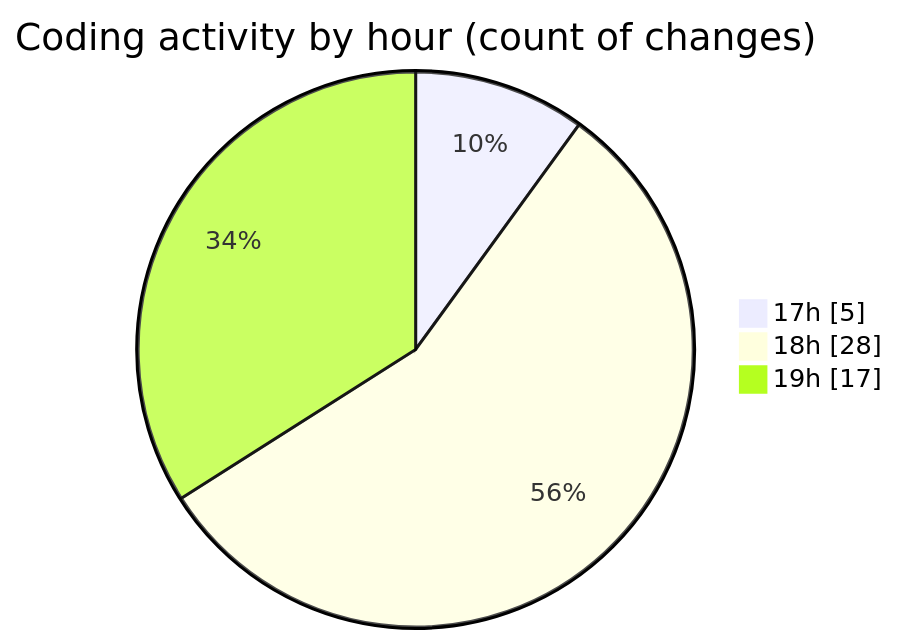
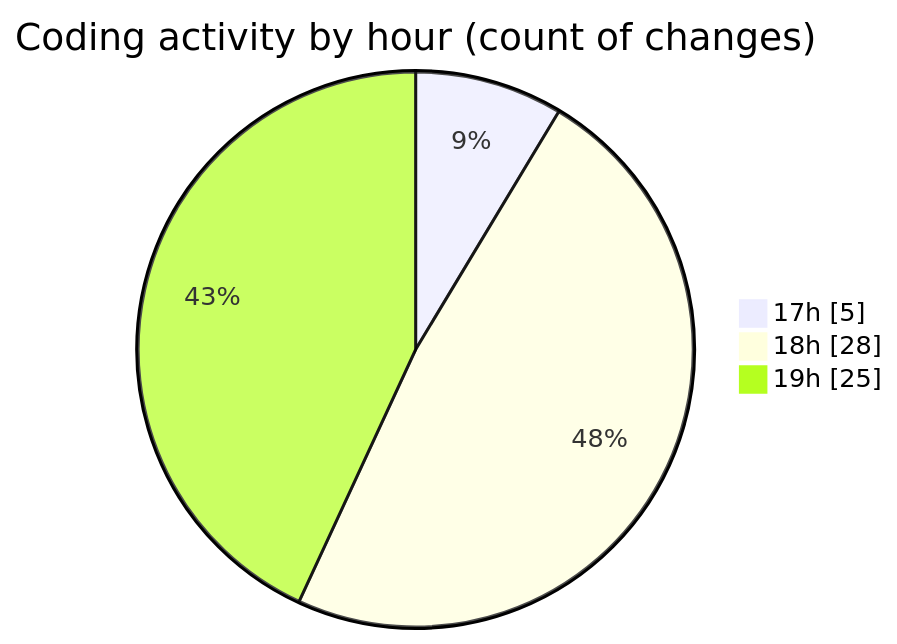
Before and after one commit to donsfak/code-tracking: the second of 2 diagrams in 2025-01-01/uber_clone/README.md, drawn with Mermaid. The commit also changed other lines of this file and 1 other file, not shown here.

````diff
--- a/2025-01-01/uber_clone/README.md
+++ b/2025-01-01/uber_clone/README.md
@@ -41,7 +41,7 @@
 ```mermaid
 pie showData
 title Coding activity by hour (count of changes)
 "17h" : 5
 "18h" : 28
-"19h" : 17
+"19h" : 25
 ```
````
